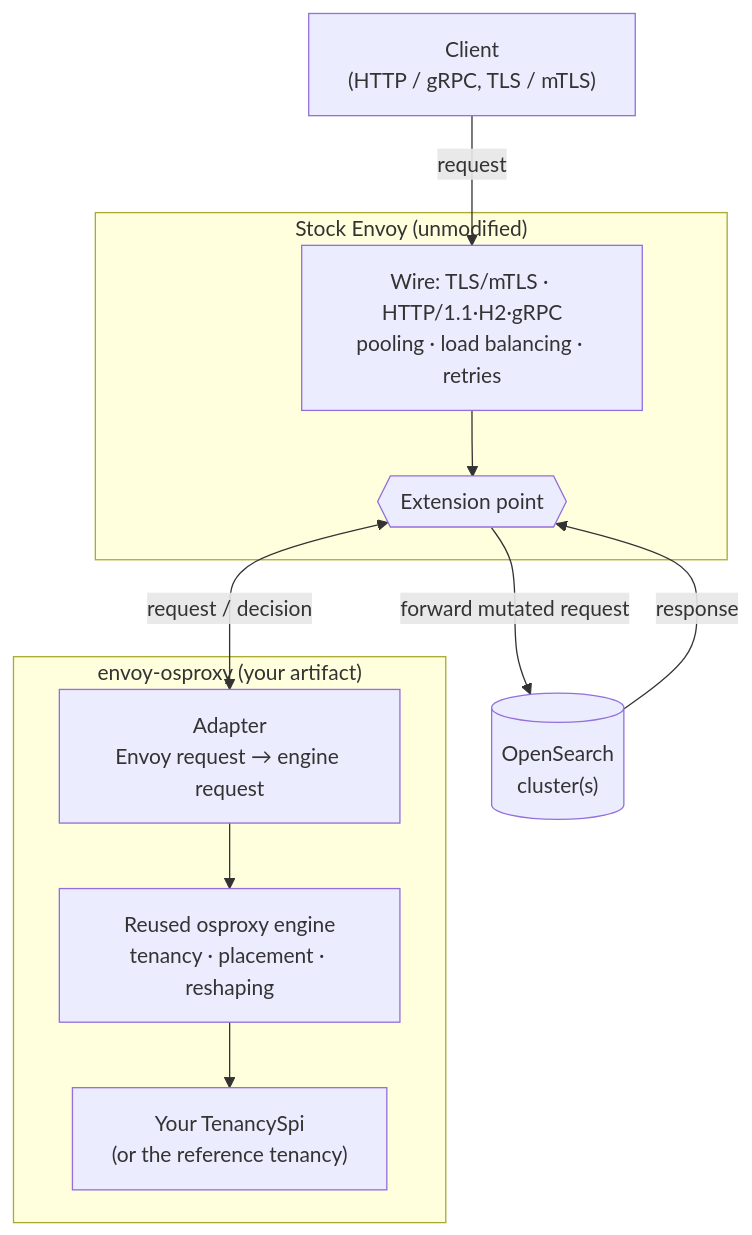
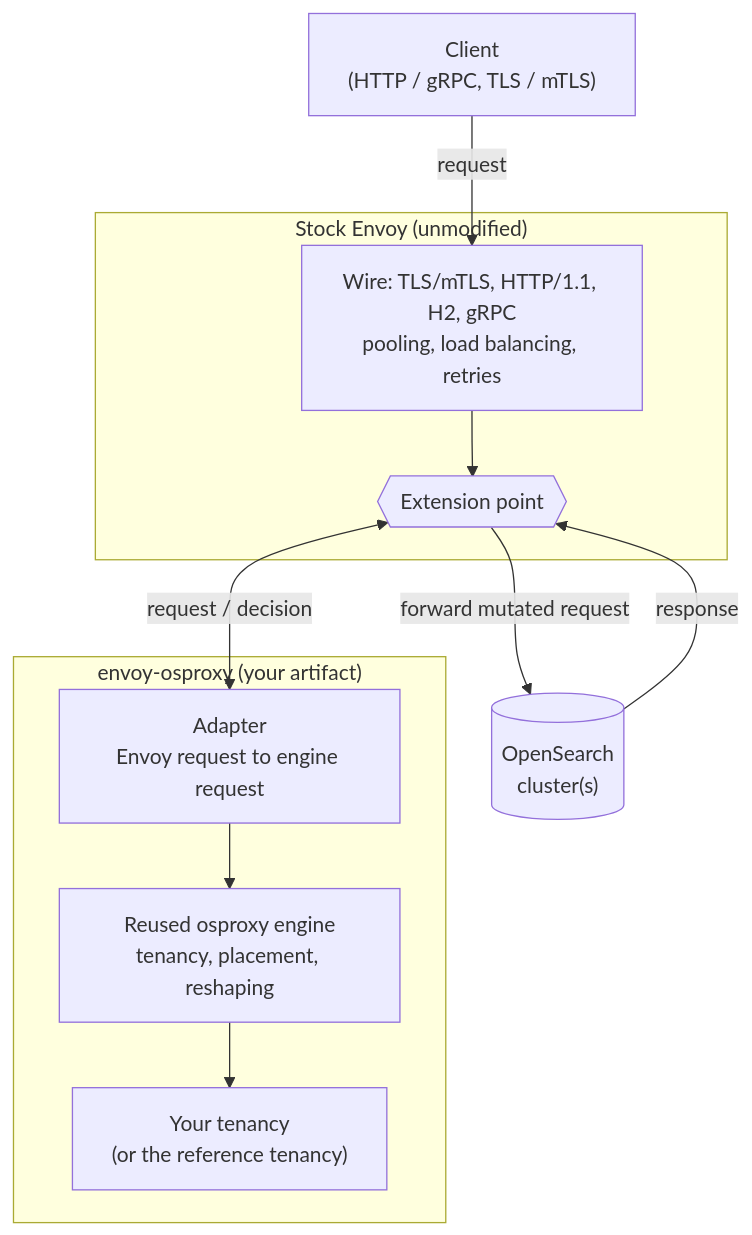
The first of 3 diagrams in docs/guide/01-architecture.md (huyz0/envoy-osproxy), drawn with Mermaid before and after one commit. The commit also changed other lines of this file and 35 other files, not shown here.

````diff
--- a/docs/guide/01-architecture.md
+++ b/docs/guide/01-architecture.md
@@ -13,25 +12,25 @@
 ```mermaid
 %%{init: {"flowchart": {"curve": "basis"}}}%%
 flowchart TB
   client["Client<br/>(HTTP / gRPC, TLS / mTLS)"]
 
   subgraph envoy["Stock Envoy (unmodified)"]
-    wire["Wire: TLS/mTLS · HTTP/1.1·H2·gRPC<br/>pooling · load balancing · retries"]
+    wire["Wire: TLS/mTLS, HTTP/1.1, H2, gRPC<br/>pooling, load balancing, retries"]
     seam{{"Extension point"}}
   end
 
   subgraph ext["envoy-osproxy (your artifact)"]
-    adapter["Adapter<br/>Envoy request → engine request"]
-    engine["Reused osproxy engine<br/>tenancy · placement · reshaping"]
-    tenancy["Your TenancySpi<br/>(or the reference tenancy)"]
+    adapter["Adapter<br/>Envoy request to engine request"]
+    engine["Reused osproxy engine<br/>tenancy, placement, reshaping"]
+    tenancy["Your tenancy<br/>(or the reference tenancy)"]
   end
 
   os[("OpenSearch<br/>cluster(s)")]
 
   client -->|request| wire --> seam
   seam <-->|"request / decision"| adapter
   adapter --> engine
   engine --> tenancy
   seam -->|forward mutated request| os
   os -->|response| seam
 ```
````
